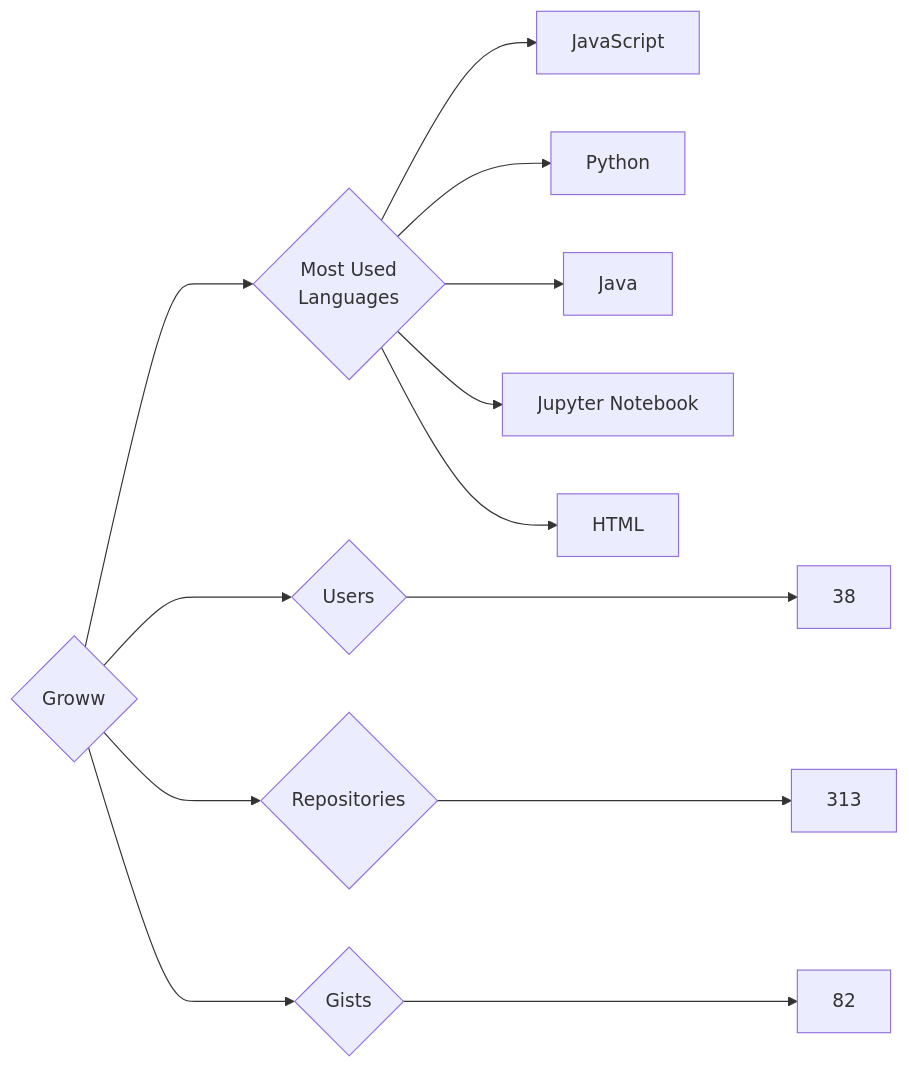
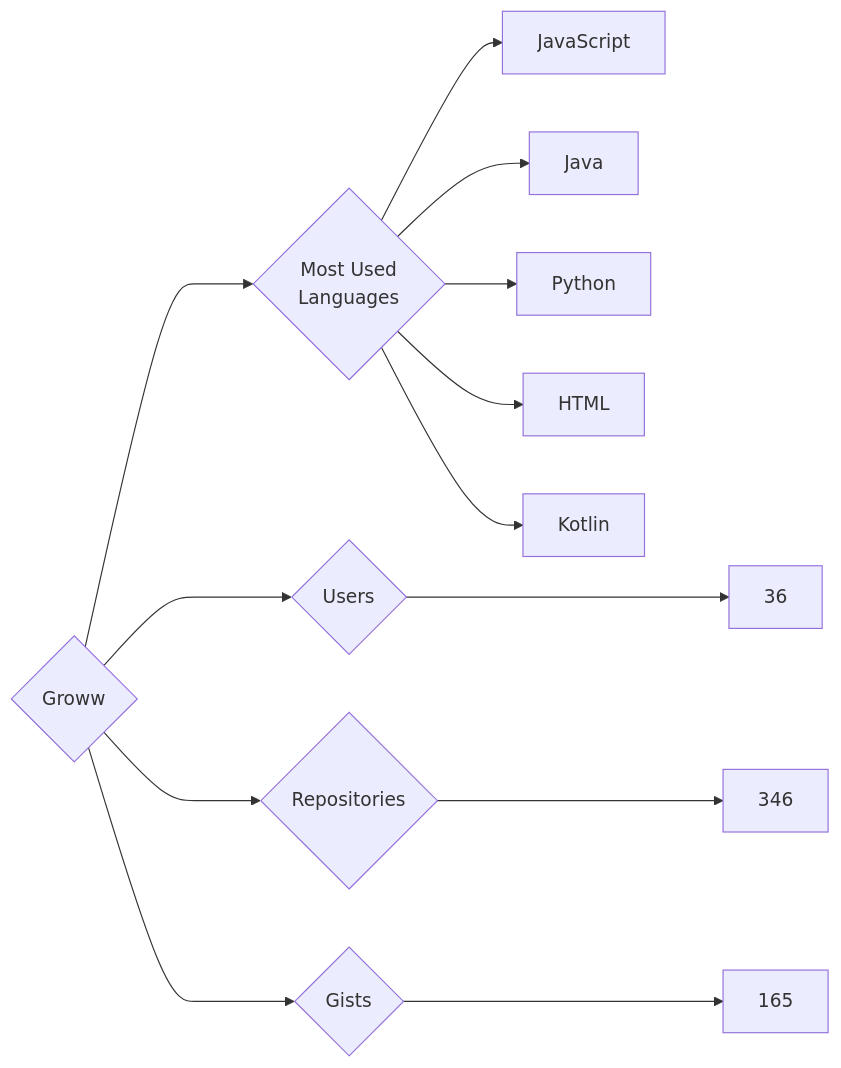
The diagram in targets/Groww/README.md (trickest/insiders), drawn with Mermaid before and after one commit. The commit also changed 814 other files, not shown here.

````diff
--- a/targets/Groww/README.md
+++ b/targets/Groww/README.md
@@ -3,13 +3,13 @@
 ```mermaid
 graph LR
 COMPANY_NAME{Groww}
-COMPANY_NAME ---> U{Users} ---> UN[38]
-COMPANY_NAME ---> R{Repositories} ---> RN[313]
-COMPANY_NAME ---> G{Gists} ---> GN[82]
+COMPANY_NAME ---> U{Users} ---> UN[36]
+COMPANY_NAME ---> R{Repositories} ---> RN[346]
+COMPANY_NAME ---> G{Gists} ---> GN[165]
 COMPANY_NAME ---> ML{Most Used<br>Languages}
 ML --> JavaScript[JavaScript]
+ML --> Java[Java]
 ML --> Python[Python]
-ML --> Java[Java]
-ML --> Jupyter_Notebook[Jupyter Notebook]
 ML --> HTML[HTML]
+ML --> Kotlin[Kotlin]
 ```
````
